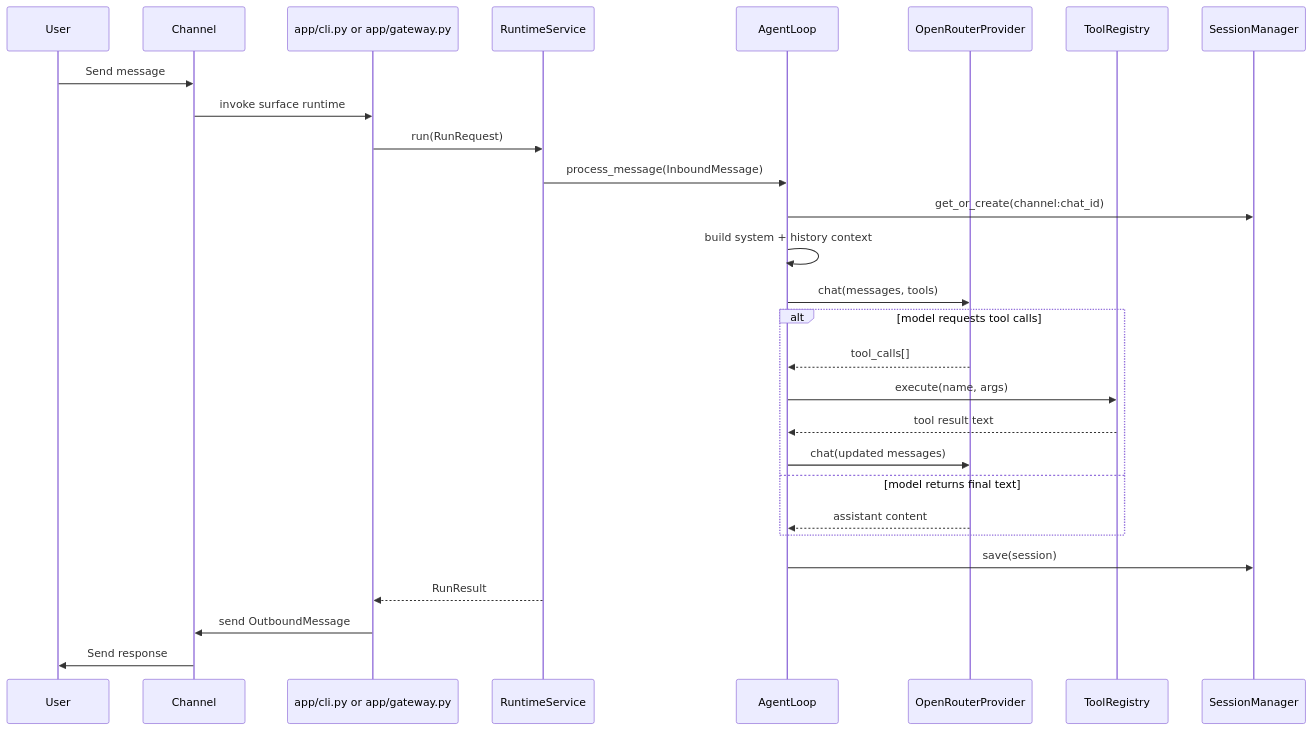
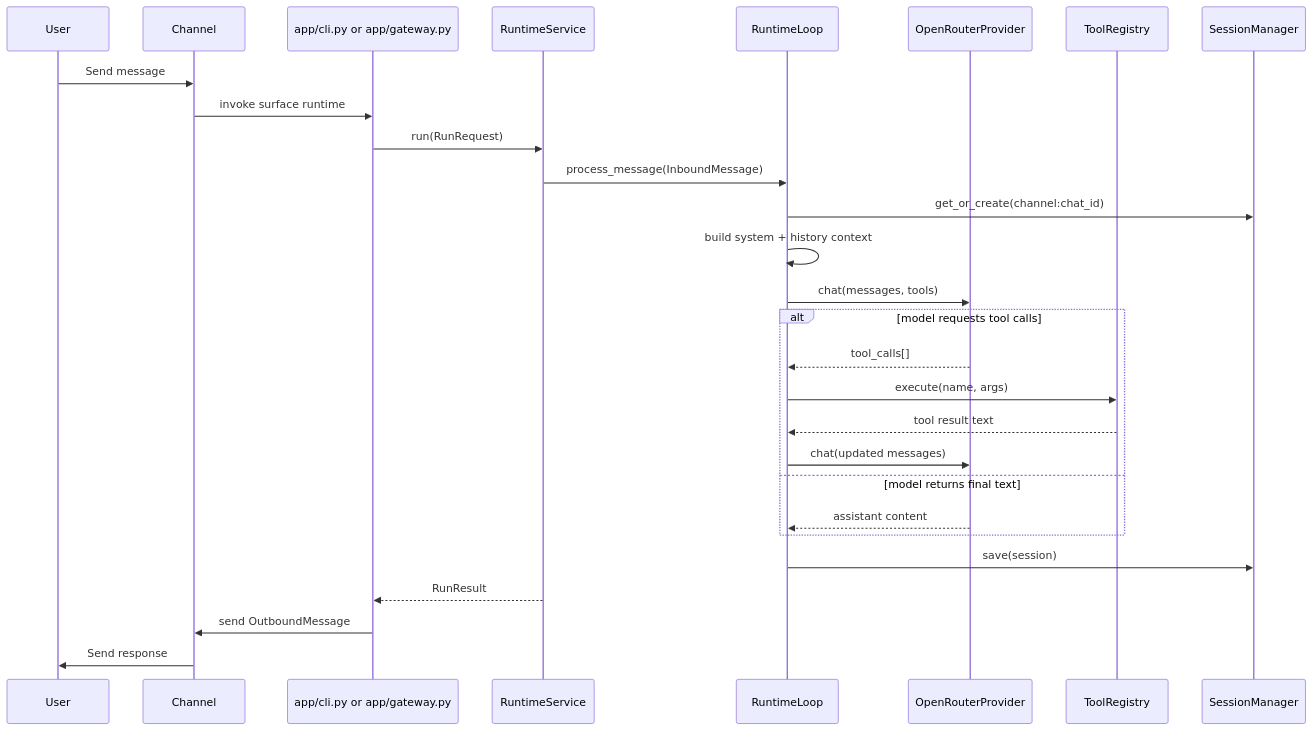
The diagram in TECHNICAL.md (milescole/sideclaw), drawn with Mermaid before and after one commit. The commit also changed other lines of this file and 9 other files, not shown here.

````diff
--- a/TECHNICAL.md
+++ b/TECHNICAL.md
@@ -41,33 +41,33 @@
 ```mermaid
 sequenceDiagram
     participant User
     participant Channel
     participant App as app/cli.py or app/gateway.py
     participant Runtime as RuntimeService
-    participant Agent as AgentLoop
+    participant Agent as RuntimeLoop
     participant LLM as OpenRouterProvider
     participant Tools as ToolRegistry
     participant Session as SessionManager
 
     User->>Channel: Send message
     Channel->>App: invoke surface runtime
     App->>Runtime: run(RunRequest)
     Runtime->>Agent: process_message(InboundMessage)
     Agent->>Session: get_or_create(channel:chat_id)
     Agent->>Agent: build system + history context
     Agent->>LLM: chat(messages, tools)
 
     alt model requests tool calls
         LLM-->>Agent: tool_calls[]
         Agent->>Tools: execute(name, args)
         Tools-->>Agent: tool result text
         Agent->>LLM: chat(updated messages)
     else model returns final text
         LLM-->>Agent: assistant content
     end
 
     Agent->>Session: save(session)
     Runtime-->>App: RunResult
     App->>Channel: send OutboundMessage
     Channel->>User: Send response
 ```
````
